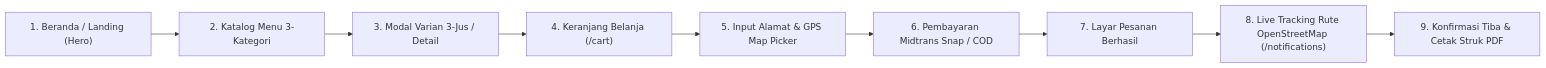
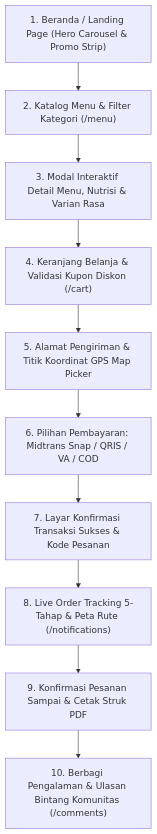
The diagram in nefakky3/DESIGN_USER.md (fatihahmadzakky19/Nefakky3), drawn with Mermaid before and after one commit. The commit also changed other lines of this file and 59 other files, not shown here.

````diff
--- a/nefakky3/DESIGN_USER.md
+++ b/nefakky3/DESIGN_USER.md
@@ -12,11 +13,12 @@
 ```mermaid
-graph LR
-    A["1. Beranda / Landing (Hero)"] --> B["2. Katalog Menu 3-Kategori"]
-    B --> C["3. Modal Varian 3-Jus / Detail"]
-    C --> D["4. Keranjang Belanja (/cart)"]
-    D --> E["5. Input Alamat & GPS Map Picker"]
-    E --> F["6. Pembayaran Midtrans Snap / COD"]
-    F --> G["7. Layar Pesanan Berhasil"]
-    G --> H["8. Live Tracking Rute OpenStreetMap (/notifications)"]
-    H --> I["9. Konfirmasi Tiba & Cetak Struk PDF"]
+graph TD
+    A["1. Beranda / Landing Page (Hero Carousel & Promo Strip)"] --> B["2. Katalog Menu & Filter Kategori (/menu)"]
+    B --> C["3. Modal Interaktif Detail Menu, Nutrisi & Varian Rasa"]
+    C --> D["4. Keranjang Belanja & Validasi Kupon Diskon (/cart)"]
+    D --> E["5. Alamat Pengiriman & Titik Koordinat GPS Map Picker"]
+    E --> F["6. Pilihan Pembayaran: Midtrans Snap / QRIS / VA / COD"]
+    F --> G["7. Layar Konfirmasi Transaksi Sukses & Kode Pesanan"]
+    G --> H["8. Live Order Tracking 5-Tahap & Peta Rute (/notifications)"]
+    H --> I["9. Konfirmasi Pesanan Sampai & Cetak Struk PDF"]
+    I --> J["10. Berbagi Pengalaman & Ulasan Bintang Komunitas (/comments)"]
 ```
````
